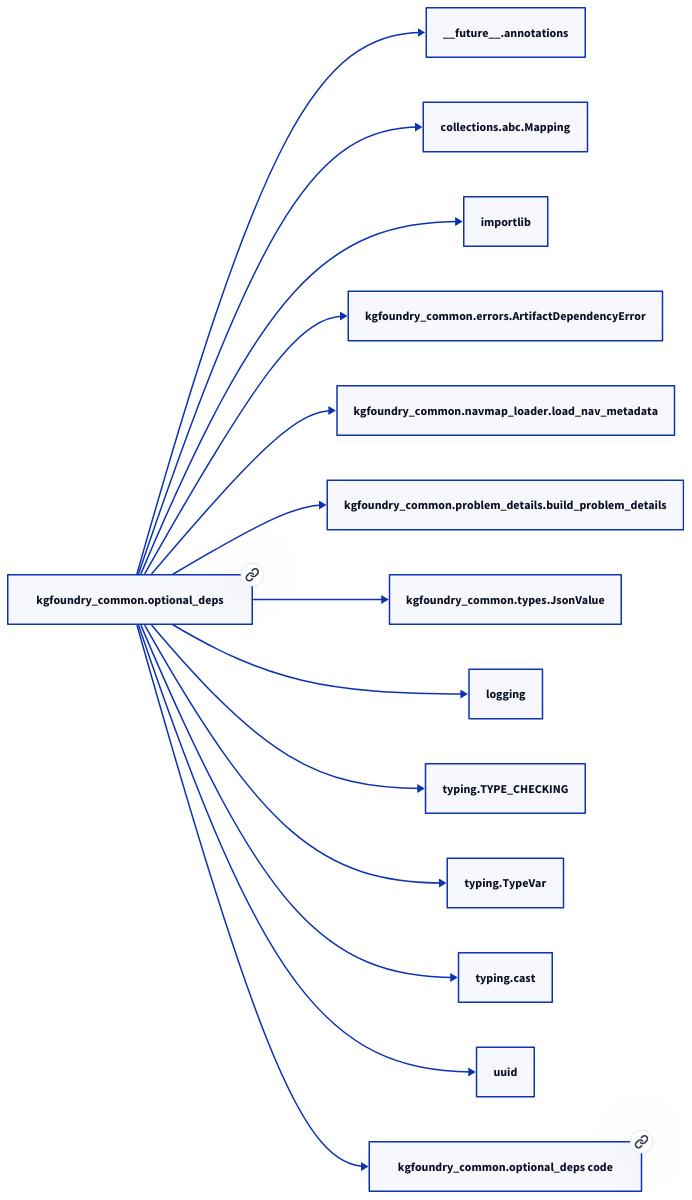
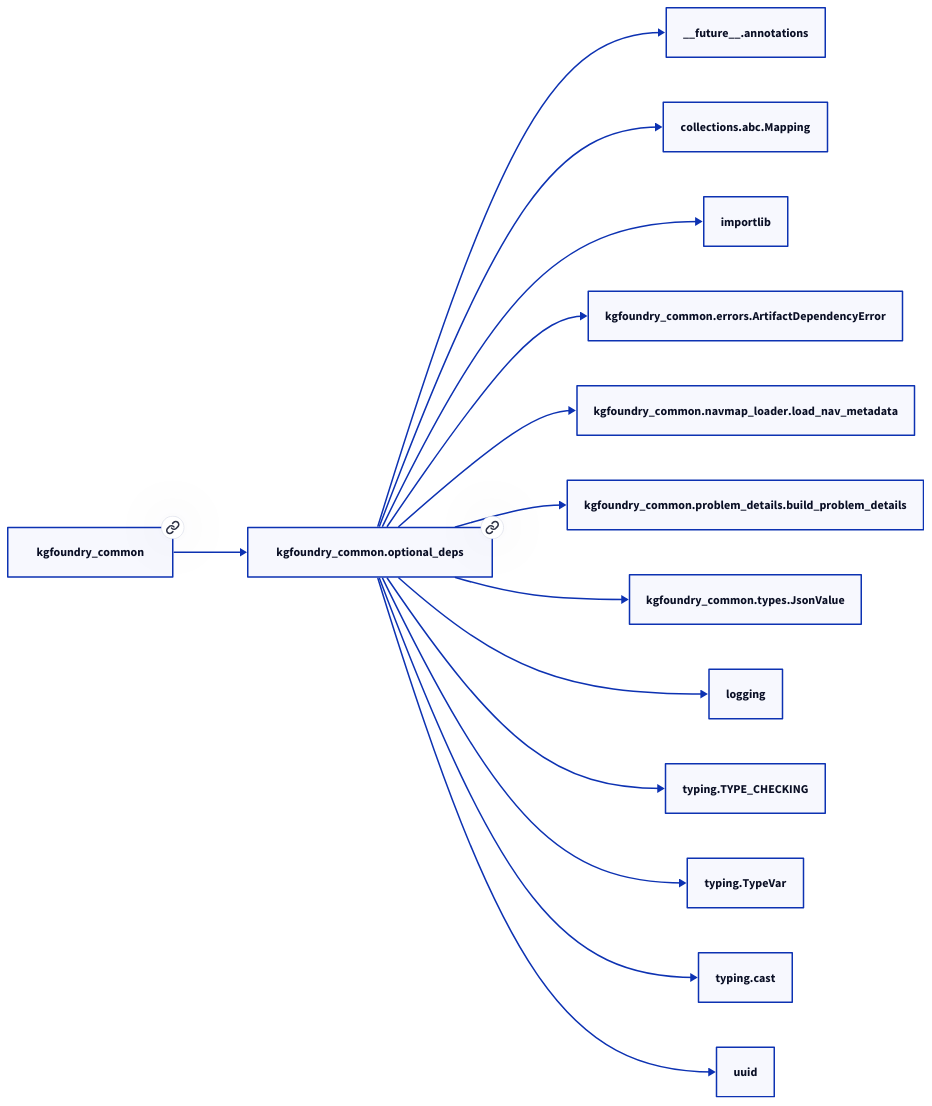
The second of 2 diagrams in docs/modules/kgfoundry_common/optional_deps.md (paul-heyse/kgforge), drawn with D2 before and after one commit. The commit also changed other lines of this file and 208 other files, not shown here.

````diff
--- a/docs/modules/kgfoundry_common/optional_deps.md
+++ b/docs/modules/kgfoundry_common/optional_deps.md
@@ -57,30 +61,30 @@
 ```d2
 direction: right
-"kgfoundry_common.optional_deps": "kgfoundry_common.optional_deps" { link: "./kgfoundry_common/optional_deps.md" }
+"kgfoundry_common.optional_deps": "kgfoundry_common.optional_deps" { link: "https://github.com/paul-heyse/kgfoundry/blob/main/src/kgfoundry_common/optional_deps.py" }
 "__future__.annotations": "__future__.annotations"
 "kgfoundry_common.optional_deps" -> "__future__.annotations"
 "collections.abc.Mapping": "collections.abc.Mapping"
 "kgfoundry_common.optional_deps" -> "collections.abc.Mapping"
 "importlib": "importlib"
 "kgfoundry_common.optional_deps" -> "importlib"
 "kgfoundry_common.errors.ArtifactDependencyError": "kgfoundry_common.errors.ArtifactDependencyError"
 "kgfoundry_common.optional_deps" -> "kgfoundry_common.errors.ArtifactDependencyError"
 "kgfoundry_common.navmap_loader.load_nav_metadata": "kgfoundry_common.navmap_loader.load_nav_metadata"
 "kgfoundry_common.optional_deps" -> "kgfoundry_common.navmap_loader.load_nav_metadata"
 "kgfoundry_common.problem_details.build_problem_details": "kgfoundry_common.problem_details.build_problem_details"
 "kgfoundry_common.optional_deps" -> "kgfoundry_common.problem_details.build_problem_details"
 "kgfoundry_common.types.JsonValue": "kgfoundry_common.types.JsonValue"
 "kgfoundry_common.optional_deps" -> "kgfoundry_common.types.JsonValue"
 "logging": "logging"
 "kgfoundry_common.optional_deps" -> "logging"
 "typing.TYPE_CHECKING": "typing.TYPE_CHECKING"
 "kgfoundry_common.optional_deps" -> "typing.TYPE_CHECKING"
 "typing.TypeVar": "typing.TypeVar"
 "kgfoundry_common.optional_deps" -> "typing.TypeVar"
 "typing.cast": "typing.cast"
 "kgfoundry_common.optional_deps" -> "typing.cast"
 "uuid": "uuid"
 "kgfoundry_common.optional_deps" -> "uuid"
-"kgfoundry_common.optional_deps_code": "kgfoundry_common.optional_deps code" { link: "https://github.com/kgfoundry/kgfoundry/blob/main/src/kgfoundry_common/optional_deps.py" }
-"kgfoundry_common.optional_deps" -> "kgfoundry_common.optional_deps_code" { style: dashed }
+"kgfoundry_common": "kgfoundry_common" { link: "https://github.com/paul-heyse/kgfoundry/blob/main/src/kgfoundry_common/__init__.py" }
+"kgfoundry_common" -> "kgfoundry_common.optional_deps" { style: dashed }
 ```
````
